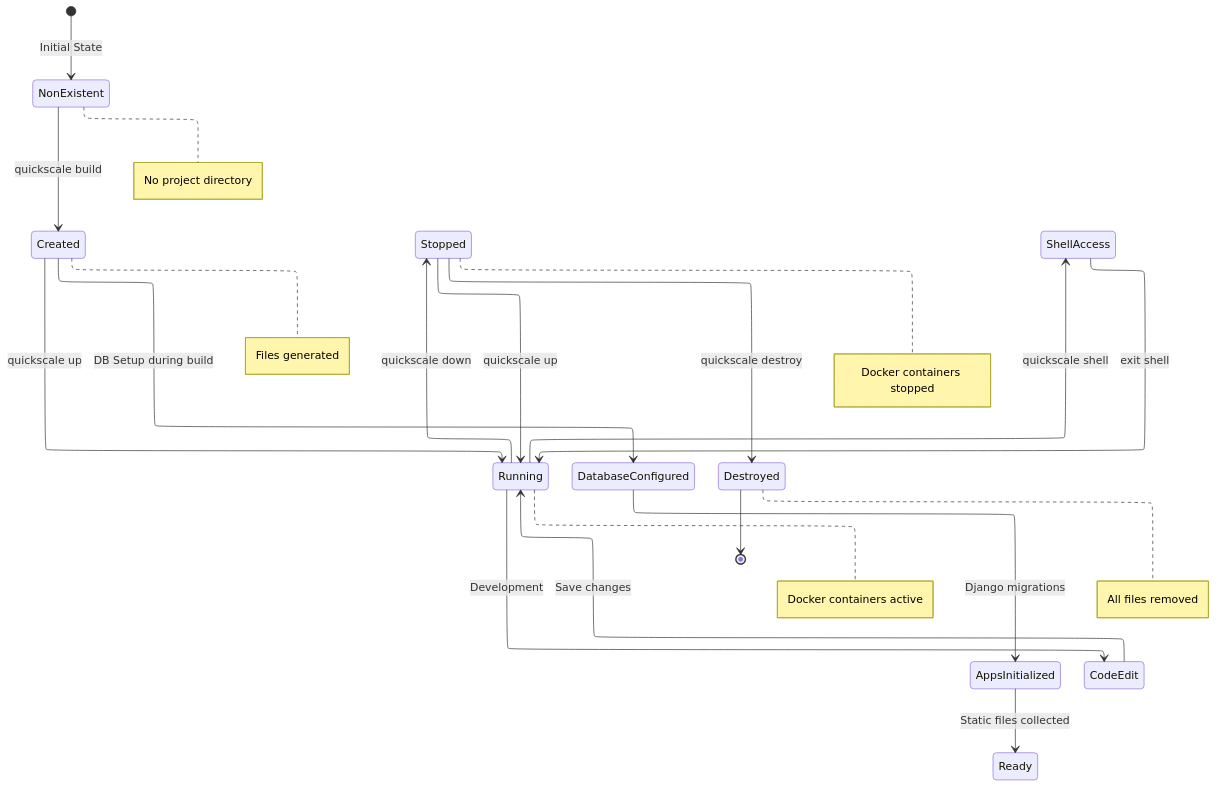
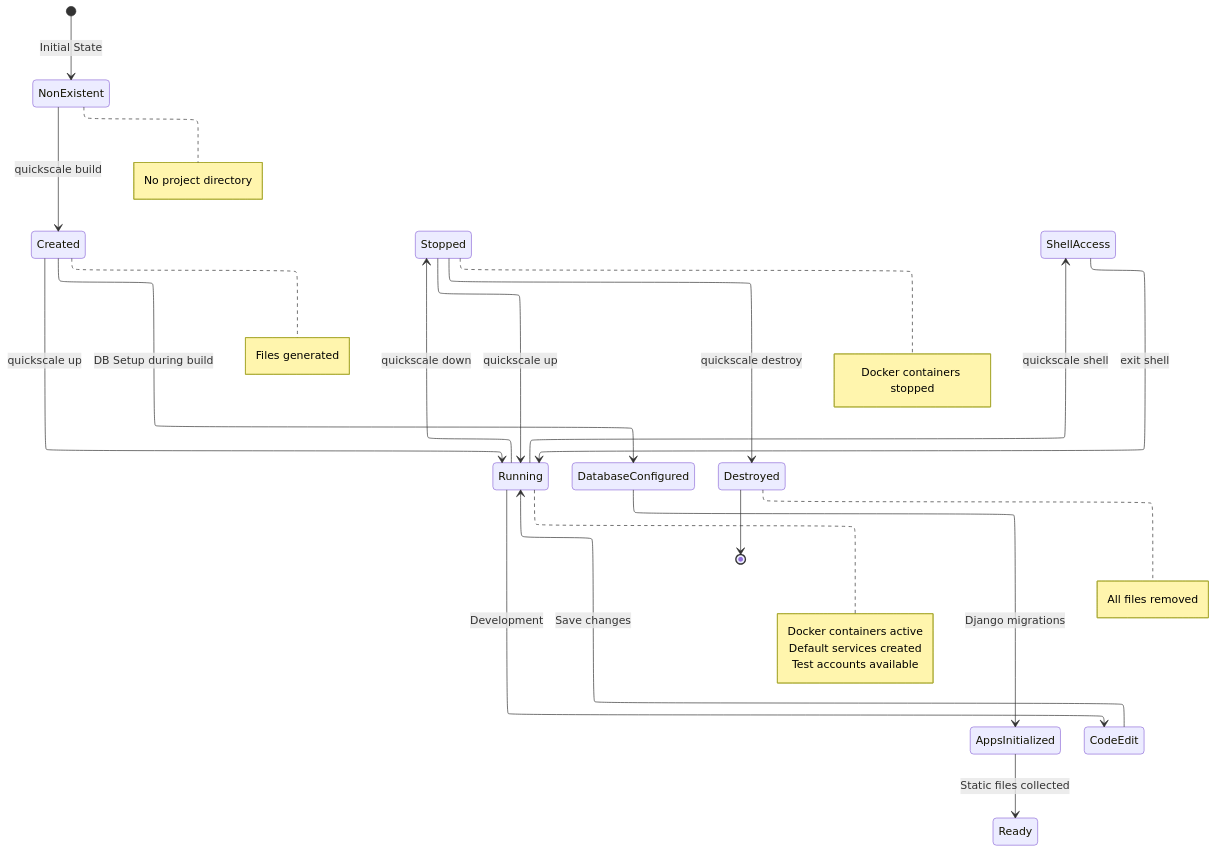
Before and after one commit to Experto-AI/quickscale: the second of 6 diagrams in TECHNICAL_DOCS.md, drawn with Mermaid. The commit also changed other lines of this file and 302 other files, not shown here.

````diff
--- a/TECHNICAL_DOCS.md
+++ b/TECHNICAL_DOCS.md
@@ -282,28 +282,28 @@
 ```mermaid
 ---
 config:
   look: classic
   layout: elk
 ---
 stateDiagram
   direction TB
   [*] --> NonExistent:Initial State
   NonExistent --> Created:quickscale build
   Created --> Running:quickscale up
   Running --> Stopped:quickscale down
   Stopped --> Running:quickscale up
   Created --> DatabaseConfigured:DB Setup during build
   DatabaseConfigured --> AppsInitialized:Django migrations
   AppsInitialized --> Ready:Static files collected
   Running --> ShellAccess:quickscale shell
   ShellAccess --> Running:exit shell
   Running --> CodeEdit:Development
   CodeEdit --> Running:Save changes
   Stopped --> Destroyed:quickscale destroy
   Destroyed --> [*]
   note right of NonExistent : No project directory
   note right of Created : Files generated
-  note right of Running : Docker containers active
+  note right of Running : Docker containers active<br/>Default services created<br/>Test accounts available
   note right of Stopped : Docker containers stopped
   note right of Destroyed : All files removed
 ```
````
